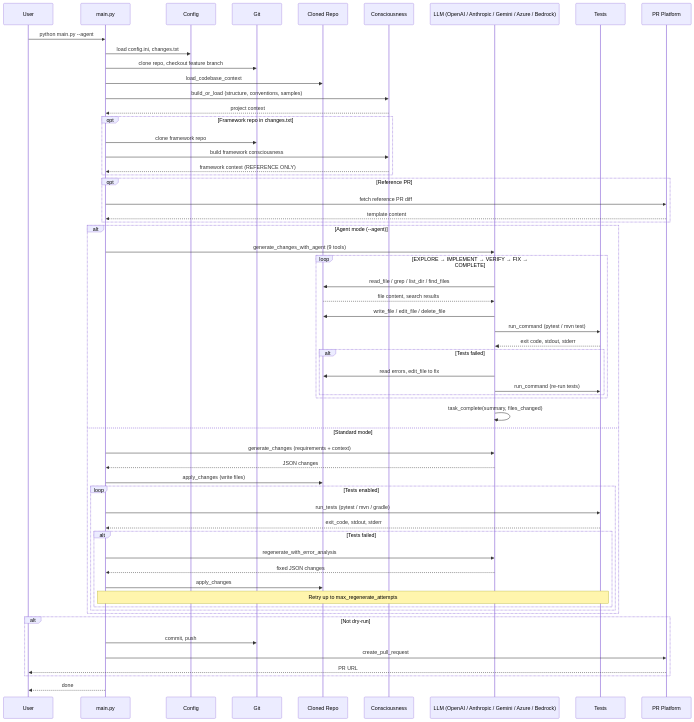
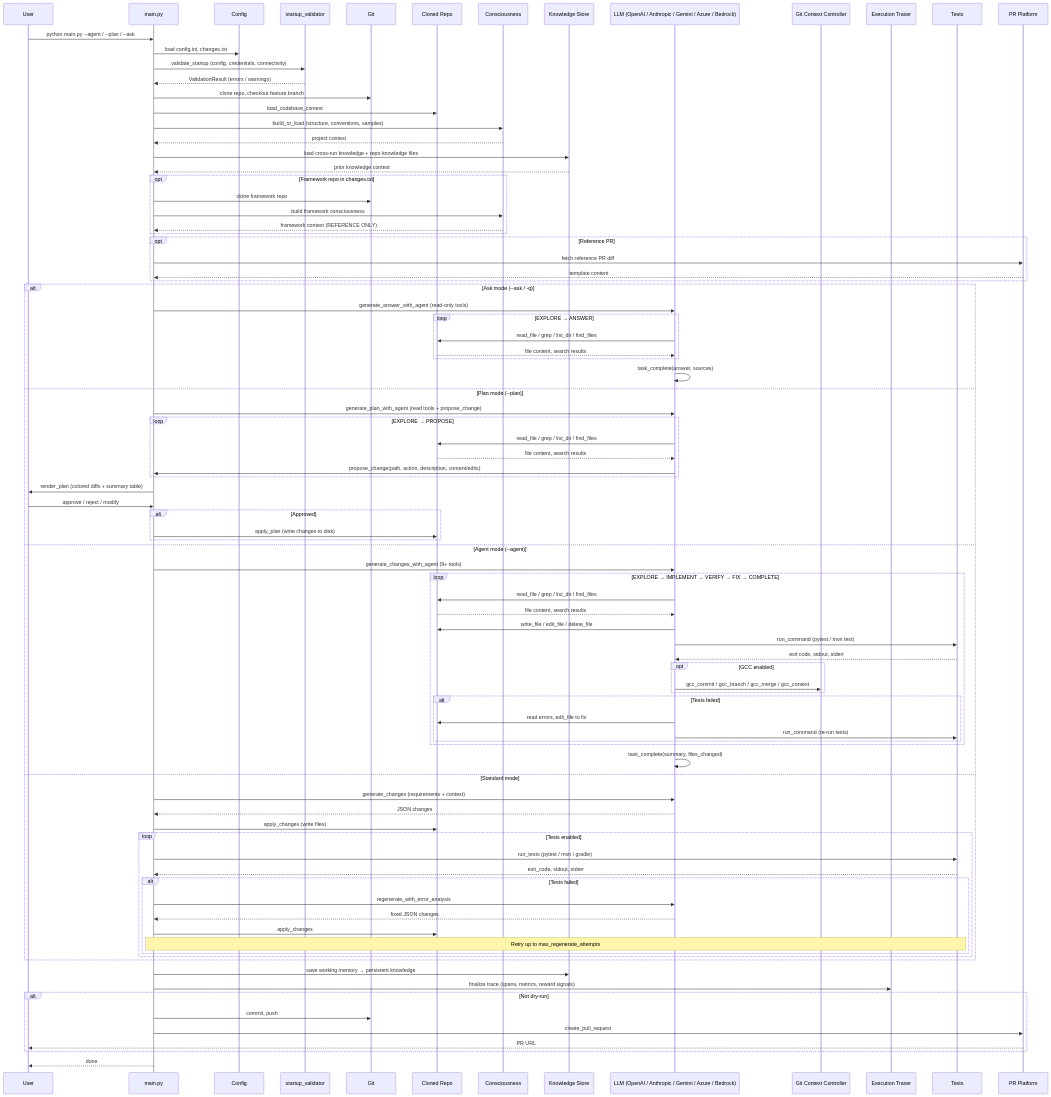
Before and after one commit to krishnachaitanyap/code-autonomy: the diagram in README.md, drawn with Mermaid. The commit also changed other lines of this file, not shown here.

First line of the commit message:
Update README with plan mode, ask mode, GCC, tracing, resiliency, and knowledge docs

```diff
--- a/README.md
+++ b/README.md
@@ -18,19 +26,27 @@
     participant User
     participant Main as main.py
     participant Config
+    participant Validator as startup_validator
     participant Git
     participant Repo as Cloned Repo
     participant Consciousness
+    participant Knowledge as Knowledge Store
     participant AI as LLM (OpenAI / Anthropic / Gemini / Azure / Bedrock)
+    participant GCC as Git Context Controller
+    participant Tracer as Execution Tracer
     participant Tests
     participant PR as PR Platform
 
-    User->>Main: python main.py --agent
+    User->>Main: python main.py --agent / --plan / --ask
     Main->>Config: load config.ini, changes.txt
+    Main->>Validator: validate_startup (config, credentials, connectivity)
+    Validator-->>Main: ValidationResult (errors / warnings)
     Main->>Git: clone repo, checkout feature branch
     Main->>Repo: load_codebase_context
     Main->>Consciousness: build_or_load (structure, conventions, samples)
     Consciousness-->>Main: project context
+    Main->>Knowledge: load cross-run knowledge + repo knowledge files
+    Knowledge-->>Main: prior knowledge context
     opt Framework repo in changes.txt
         Main->>Git: clone framework repo
         Main->>Consciousness: build framework consciousness
@@ -40,14 +56,36 @@
         Main->>PR: fetch reference PR diff
         PR-->>Main: template content
     end
-    alt Agent mode (--agent)
-        Main->>AI: generate_changes_with_agent (9 tools)
+    alt Ask mode (--ask / -q)
+        Main->>AI: generate_answer_with_agent (read-only tools)
+        loop EXPLORE → ANSWER
+            AI->>Repo: read_file / grep / list_dir / find_files
+            Repo-->>AI: file content, search results
+        end
+        AI->>AI: task_complete(answer, sources)
+    else Plan mode (--plan)
+        Main->>AI: generate_plan_with_agent (read tools + propose_change)
+        loop EXPLORE → PROPOSE
+            AI->>Repo: read_file / grep / list_dir / find_files
+            Repo-->>AI: file content, search results
+            AI->>Main: propose_change(path, action, description, content/edits)
+        end
+        Main->>User: render_plan (colored diffs + summary table)
+        User->>Main: approve / reject / modify
+        alt Approved
+            Main->>Repo: apply_plan (write changes to disk)
+        end
+    else Agent mode (--agent)
+        Main->>AI: generate_changes_with_agent (9+ tools)
         loop EXPLORE → IMPLEMENT → VERIFY → FIX → COMPLETE
             AI->>Repo: read_file / grep / list_dir / find_files
             Repo-->>AI: file content, search results
             AI->>Repo: write_file / edit_file / delete_file
             AI->>Tests: run_command (pytest / mvn test)
             Tests-->>AI: exit code, stdout, stderr
+            opt GCC enabled
+                AI->>GCC: gcc_commit / gcc_branch / gcc_merge / gcc_context
+            end
             alt Tests failed
                 AI->>Repo: read errors, edit_file to fix
                 AI->>Tests: run_command (re-run tests)
@@ -69,6 +107,8 @@
             end
         end
     end
+    Main->>Knowledge: save working memory → persistent knowledge
+    Main->>Tracer: finalize trace (spans, metrics, reward signals)
     alt Not dry-run
         Main->>Git: commit, push
         Main->>PR: create_pull_request
```
